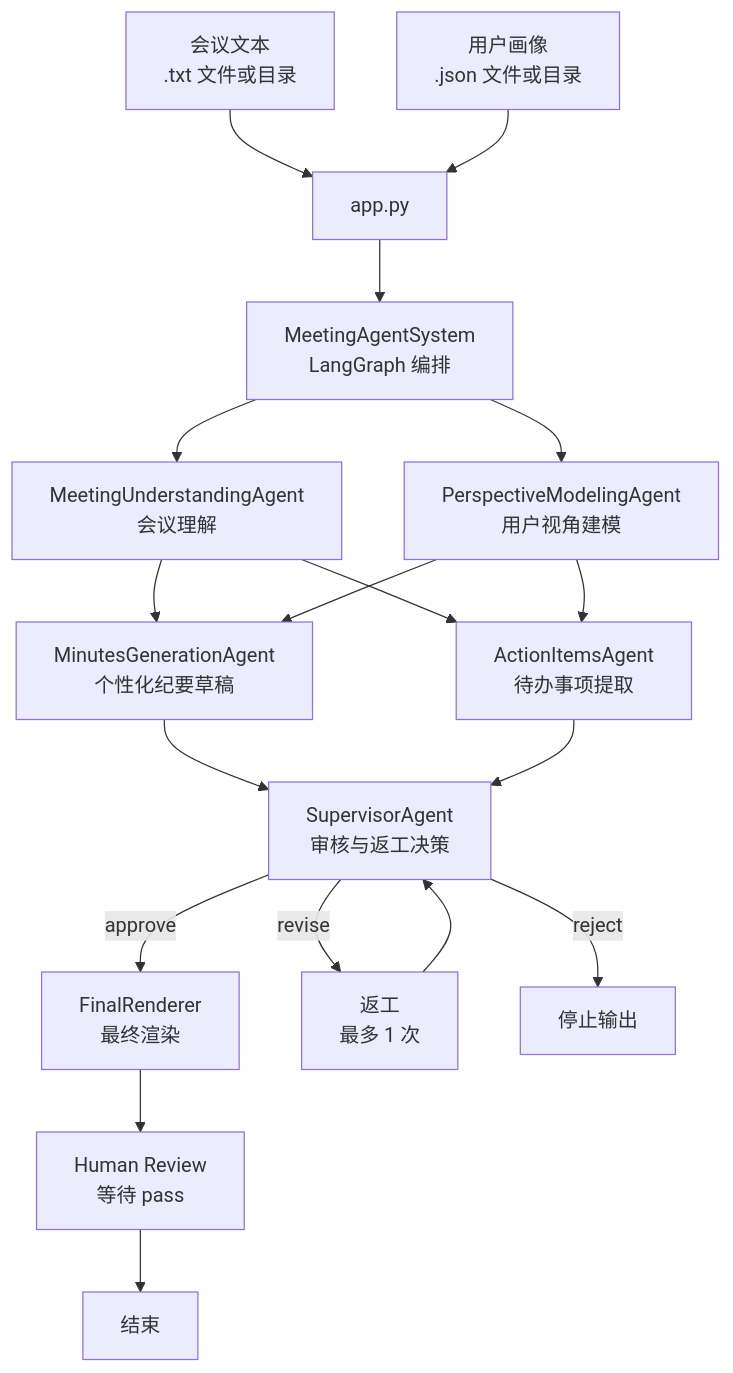
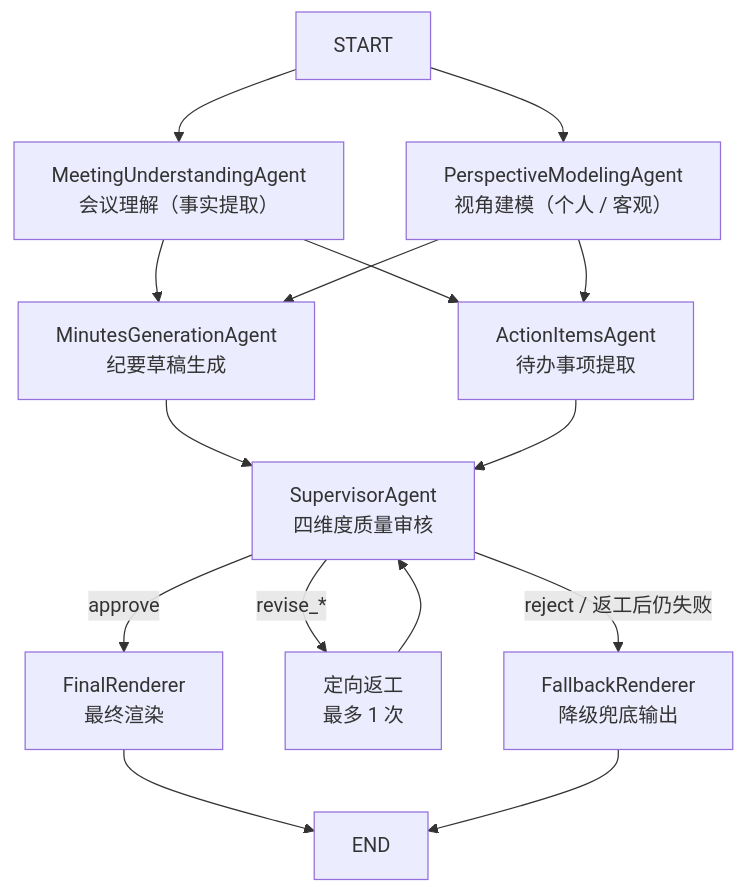
Before and after one commit to ohhhhh-hyf/AgentFlow: the diagram in README.md, drawn with Mermaid. The commit also changed other lines of this file and 27 other files, not shown here.

````diff
--- a/README.md
+++ b/README.md
@@ -184,26 +260,21 @@
 ```mermaid
 flowchart TD
-    A["会议文本<br/>.txt 文件或目录"] --> B["app.py"]
-    U["用户画像<br/>.json 文件或目录"] --> B
+    START --> MU["MeetingUnderstandingAgent<br/>会议理解（事实提取）"]
+    START --> PM["PerspectiveModelingAgent<br/>视角建模（个人 / 客观）"]
 
-    B --> G["MeetingAgentSystem<br/>LangGraph 编排"]
+    MU --> MG["MinutesGenerationAgent<br/>纪要草稿生成"]
+    PM --> MG
 
-    G --> C1["MeetingUnderstandingAgent<br/>会议理解"]
-    G --> C2["PerspectiveModelingAgent<br/>用户视角建模"]
+    MU --> AI["ActionItemsAgent<br/>待办事项提取"]
+    PM --> AI
 
-    C1 --> D1["MinutesGenerationAgent<br/>个性化纪要草稿"]
-    C2 --> D1
-    C1 --> D2["ActionItemsAgent<br/>待办事项提取"]
-    C2 --> D2
+    MG --> SV["SupervisorAgent<br/>四维度质量审核"]
+    AI --> SV
 
-    D1 --> E["SupervisorAgent<br/>审核与返工决策"]
-    D2 --> E
-
-    E -->|approve| F["FinalRenderer<br/>最终渲染"]
-    E -->|revise| R["返工<br/>最多 1 次"]
-    R --> E
-    E -->|reject| X["停止输出"]
-
-    F --> H["Human Review<br/>等待 pass"]
-    H --> I["结束"]
+    SV -->|approve| FR["FinalRenderer<br/>最终渲染"]
+    SV -->|revise_*| RV["定向返工<br/>最多 1 次"]
+    RV --> SV
+    SV -->|reject / 返工后仍失败| FALLBACK["FallbackRenderer<br/>降级兜底输出"]
+    FR --> END
+    FALLBACK --> END
 ```
````
